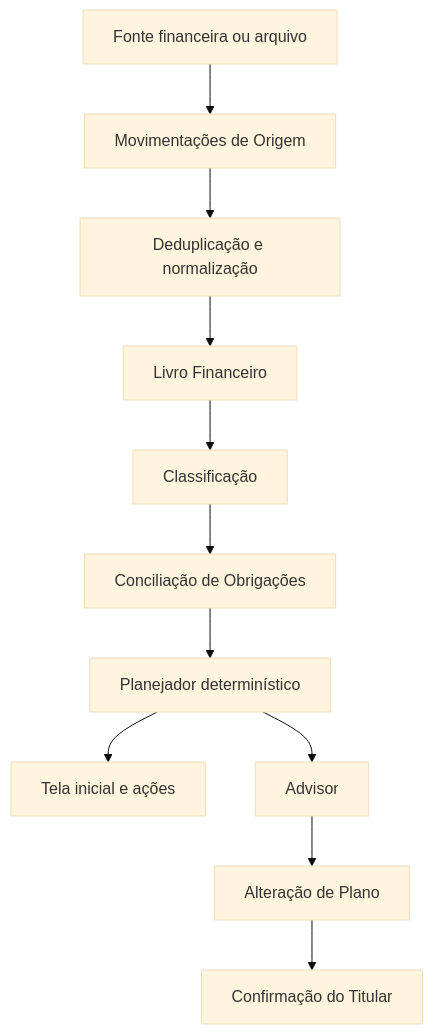
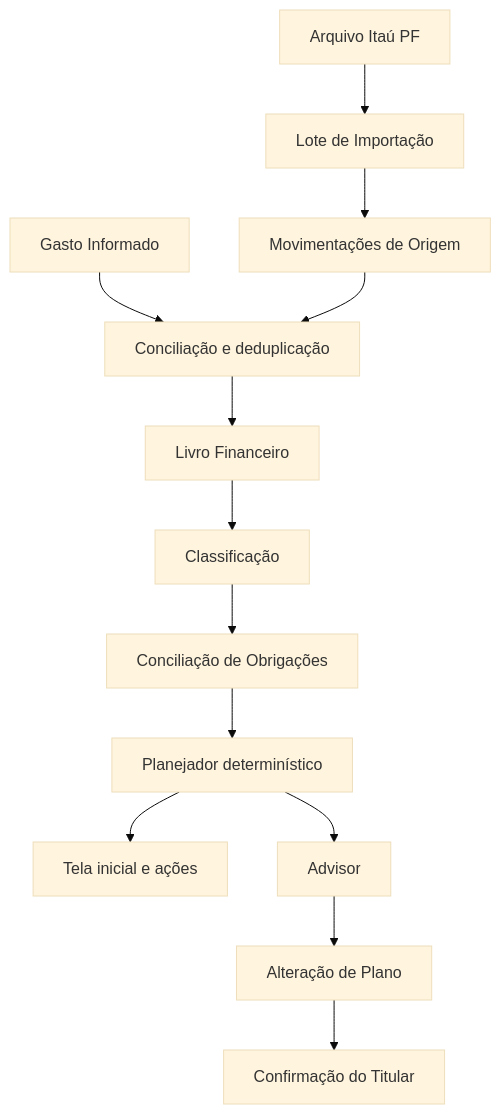
Before and after one commit to brenomzy/brenotion: the second of 3 diagrams in docs/architecture.md, drawn with Mermaid (base theme). The commit also changed other lines of this file and 12 other files, not shown here.

````diff
--- a/docs/architecture.md
+++ b/docs/architecture.md
@@ -134,13 +135,15 @@
 ```mermaid
 flowchart TD
-    R["Fonte financeira ou arquivo"] --> I["Movimentações de Origem"]
-    I --> D["Deduplicação e normalização"]
+    R["Arquivo Itaú PF"] --> B["Lote de Importação"]
+    B --> I["Movimentações de Origem"]
+    G["Gasto Informado"] --> D["Conciliação e deduplicação"]
+    I --> D
     D --> L["Livro Financeiro"]
     L --> C["Classificação"]
     C --> O["Conciliação de Obrigações"]
     O --> P["Planejador determinístico"]
     P --> H["Tela inicial e ações"]
     P --> A["Advisor"]
     A --> X["Alteração de Plano"]
     X --> Q["Confirmação do Titular"]
 ```
````
